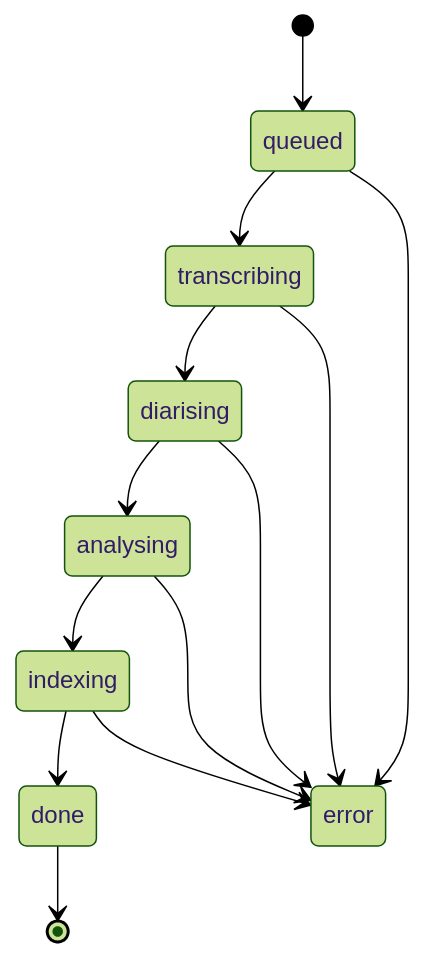
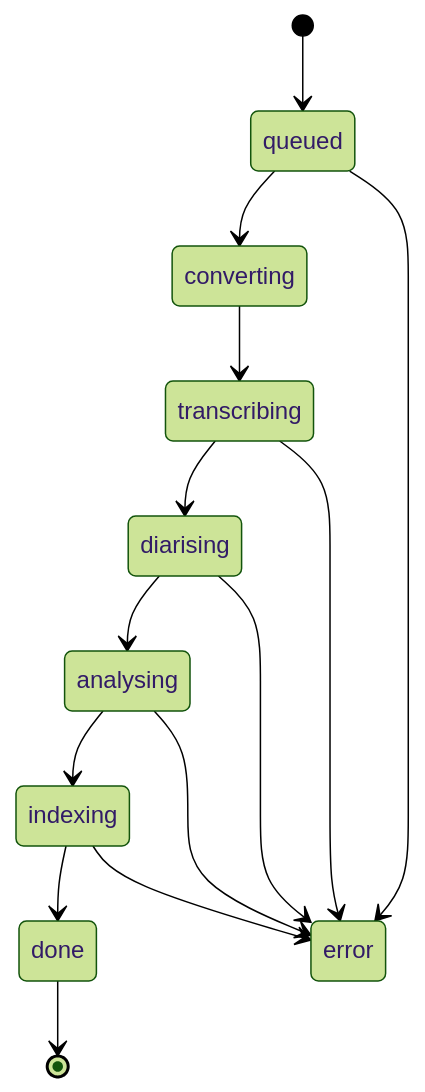
The third of 3 diagrams in docs/PROCESSING_PIPELINE.md (dibyo10/meeting-intelligence-platform), drawn with Mermaid (forest theme) before and after one commit. The commit also changed 2 other files, not shown here.

Commit message:
Address Copilot review comments

````diff
--- a/docs/PROCESSING_PIPELINE.md
+++ b/docs/PROCESSING_PIPELINE.md
@@ -300,16 +300,17 @@
 ```mermaid
 stateDiagram-v2
     [*] --> queued
-    queued --> transcribing
+    queued --> converting
+    converting --> transcribing
     transcribing --> diarising
     diarising --> analysing
     analysing --> indexing
     indexing --> done
     done --> [*]
 
     queued --> error
     transcribing --> error
     diarising --> error
     analysing --> error
     indexing --> error
 ```
````
